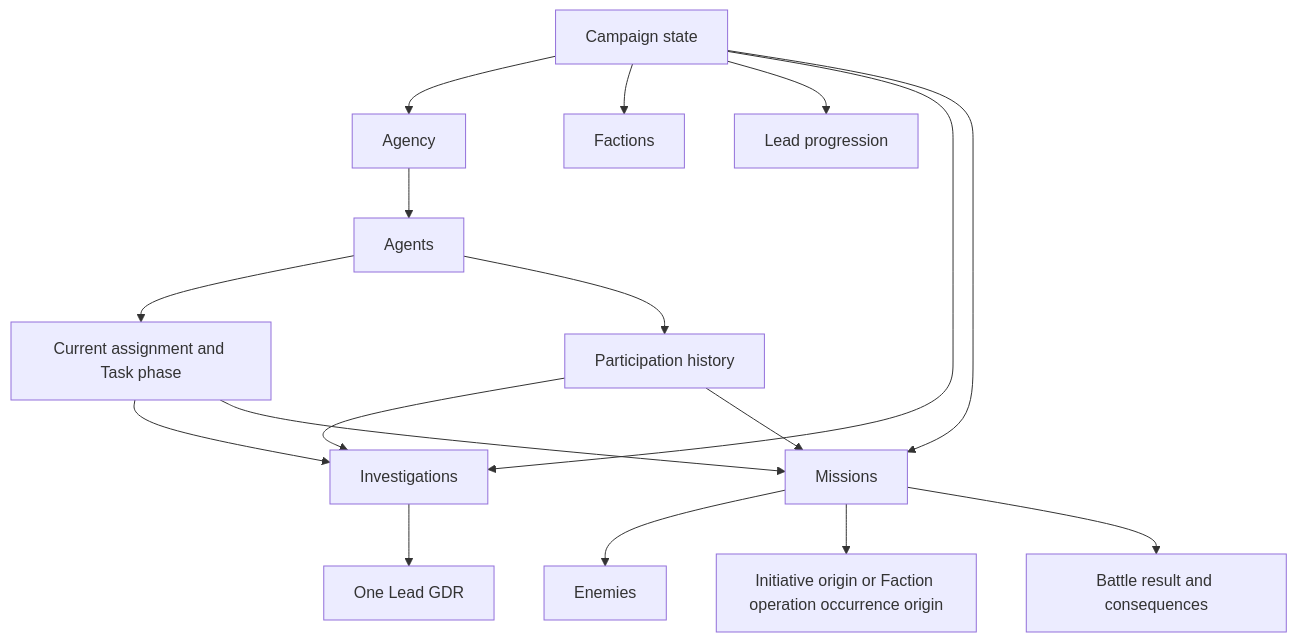
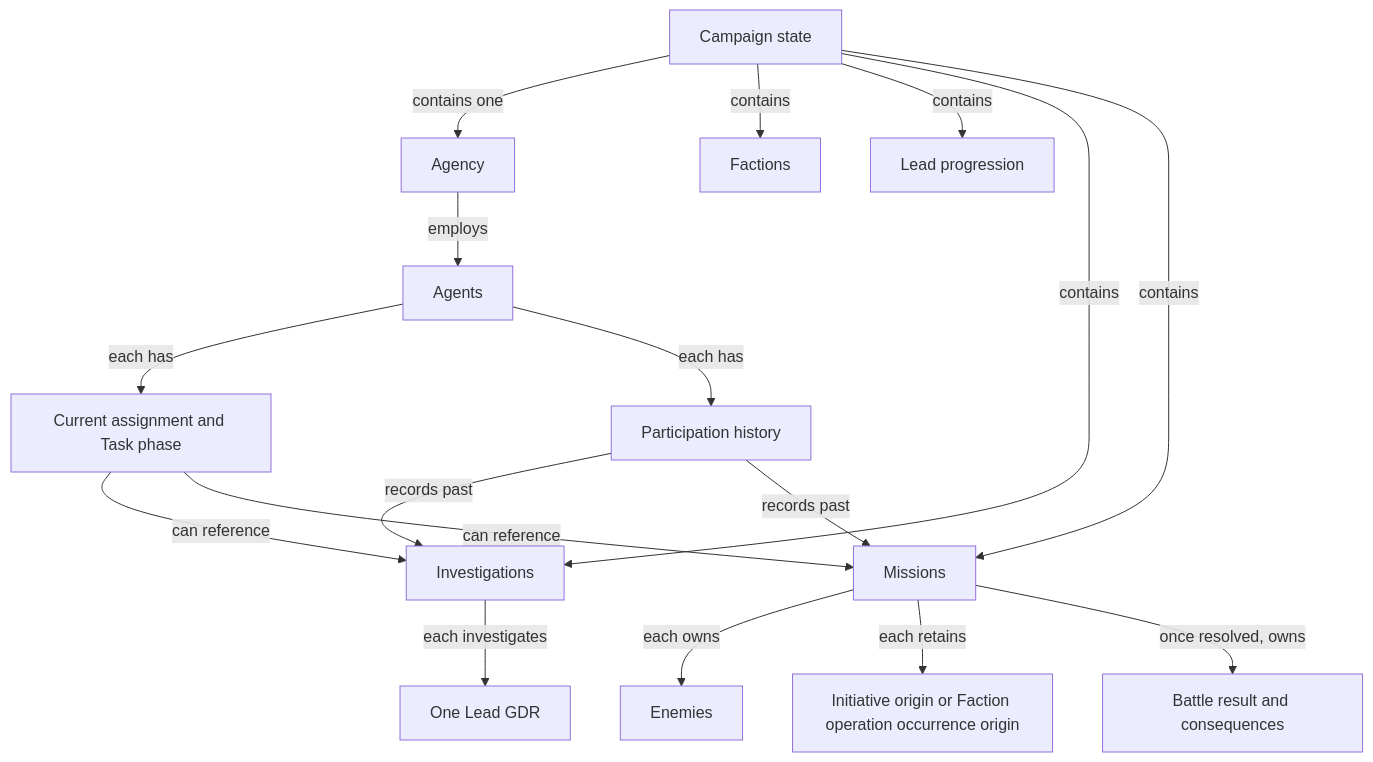
Before and after one commit to konrad-jamrozik/game-v5: the diagram in docs/specs/foundation/domain-model.md, drawn with Mermaid. The commit also changed other lines of this file and 15 other files, not shown here.

````diff
--- a/docs/specs/foundation/domain-model.md
+++ b/docs/specs/foundation/domain-model.md
@@ -128,19 +131,19 @@
 ```mermaid
 flowchart TD
-    CampaignState["Campaign state"] --> Agency
-    Agency --> Agents
-    CampaignState --> Factions
-    CampaignState --> Progression["Lead progression"]
-    CampaignState --> Investigations
-    CampaignState --> Missions
-    Investigations --> Lead["One Lead GDR"]
-    Agents --> Assignment["Current assignment and Task phase"]
-    Assignment --> Investigations
-    Assignment --> Missions
-    Agents --> Participation["Participation history"]
-    Participation --> Investigations
-    Participation --> Missions
-    Missions --> Enemies
-    Missions --> Origin["Initiative origin or Faction operation occurrence origin"]
-    Missions --> Result["Battle result and consequences"]
+    CampaignState["Campaign state"] -->|contains one| Agency["Agency"]
+    Agency -->|employs| Agents["Agents"]
+    CampaignState -->|contains| Factions["Factions"]
+    CampaignState -->|contains| Progression["Lead progression"]
+    CampaignState -->|contains| Investigations["Investigations"]
+    CampaignState -->|contains| Missions["Missions"]
+    Investigations -->|each investigates| Lead["One Lead GDR"]
+    Agents -->|each has| Assignment["Current assignment and Task phase"]
+    Assignment -->|can reference| Investigations
+    Assignment -->|can reference| Missions
+    Agents -->|each has| Participation["Participation history"]
+    Participation -->|records past| Investigations
+    Participation -->|records past| Missions
+    Missions -->|each owns| Enemies["Enemies"]
+    Missions -->|each retains| Origin["Initiative origin or Faction operation occurrence origin"]
+    Missions -->|once resolved, owns| Result["Battle result and consequences"]
 ```
````
